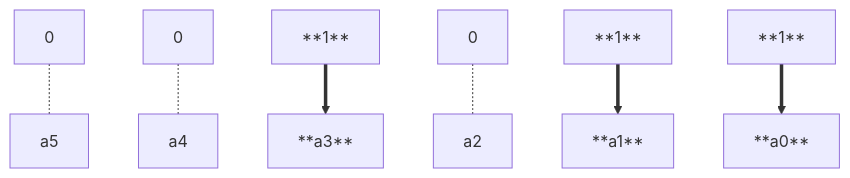
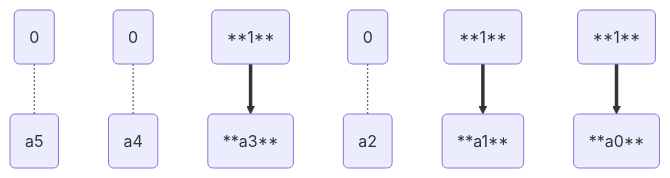
The diagram in Algorithms/NumberTheory/二进制枚举.md (dmjcb/SelfBlog), drawn with Mermaid before and after one commit. The commit also changed other lines of this file and 18 other files, not shown here.

````diff
--- a/Algorithms/NumberTheory/二进制枚举.md
+++ b/Algorithms/NumberTheory/二进制枚举.md
@@ -39,9 +39,9 @@
 ```mermaid
 graph TB;
-    a[0]-.-b[a5]
-    a1[0]-.-b1[a4]
-    a2[**1**]==>b2[**a3**]
-    a3[0]-.-b3[a2]
-    a4[**1**]==>b4[**a1**]
-    a5[**1**]==>b5[**a0**]
+    a(0)-.-b(a5)
+    a1(0)-.-b1(a4)
+    a2(**1**)==>b2(**a3**)
+    a3(0)-.-b3(a2)
+    a4(**1**)==>b4(**a1**)
+    a5(**1**)==>b5(**a0**)
 ```
````
